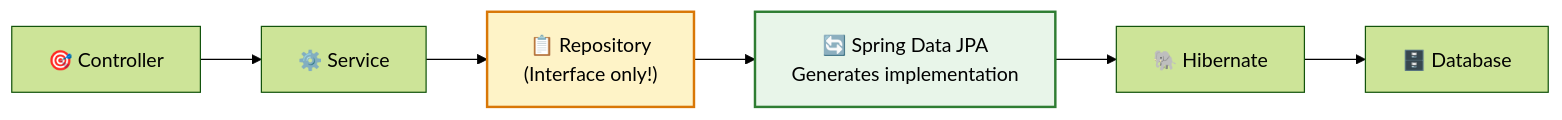
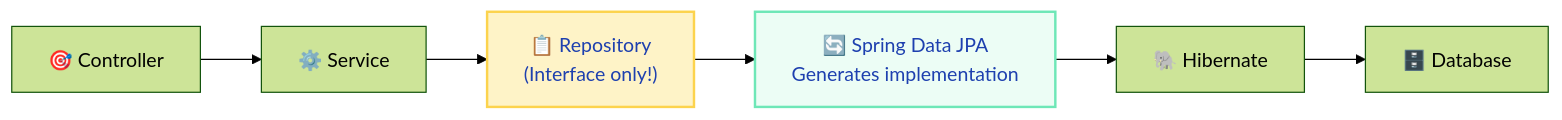
Before and after one commit to saivamsikaruturi/vamsilabs-dev-notes-main: the first of 4 diagrams in docs/springboot/spring-data-jpa.md, drawn with Mermaid (forest theme). The commit also changed other lines of this file and 220 other files, not shown here.

First line of the commit message:
Add 50+ new Java/Spring Boot pages, rewrite CSS code blocks to Oracle style, fix all diagram colors

````diff
--- a/docs/springboot/spring-data-jpa.md
+++ b/docs/springboot/spring-data-jpa.md
@@ -10,11 +10,11 @@
 ```mermaid
 flowchart LR
     C["🎯 Controller"] --> S["⚙️ Service"]
     S --> R["📋 Repository<br/>(Interface only!)"]
     R --> JPA["🔄 Spring Data JPA<br/>Generates implementation"]
     JPA --> H["🐘 Hibernate"]
     H --> DB["🗄️ Database"]
 
-    style R fill:#FEF3C7,stroke:#D97706,stroke-width:2px,color:#000
-    style JPA fill:#E8F5E9,stroke:#2E7D32,stroke-width:2px,color:#000
+    style R fill:#FEF3C7,stroke:#FCD34D,stroke-width:2px,color:#1E40AF
+    style JPA fill:#ECFDF5,stroke:#6EE7B7,stroke-width:2px,color:#1E40AF
 ```
````
